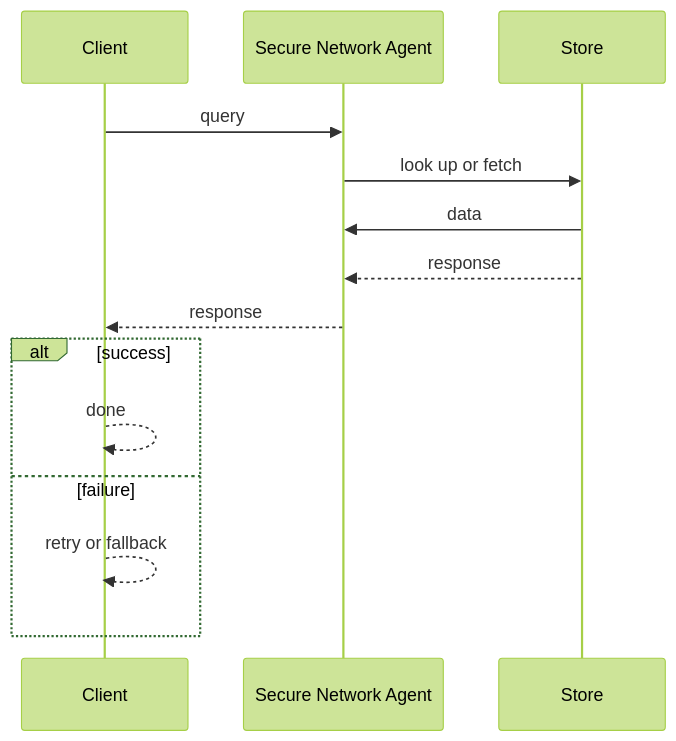
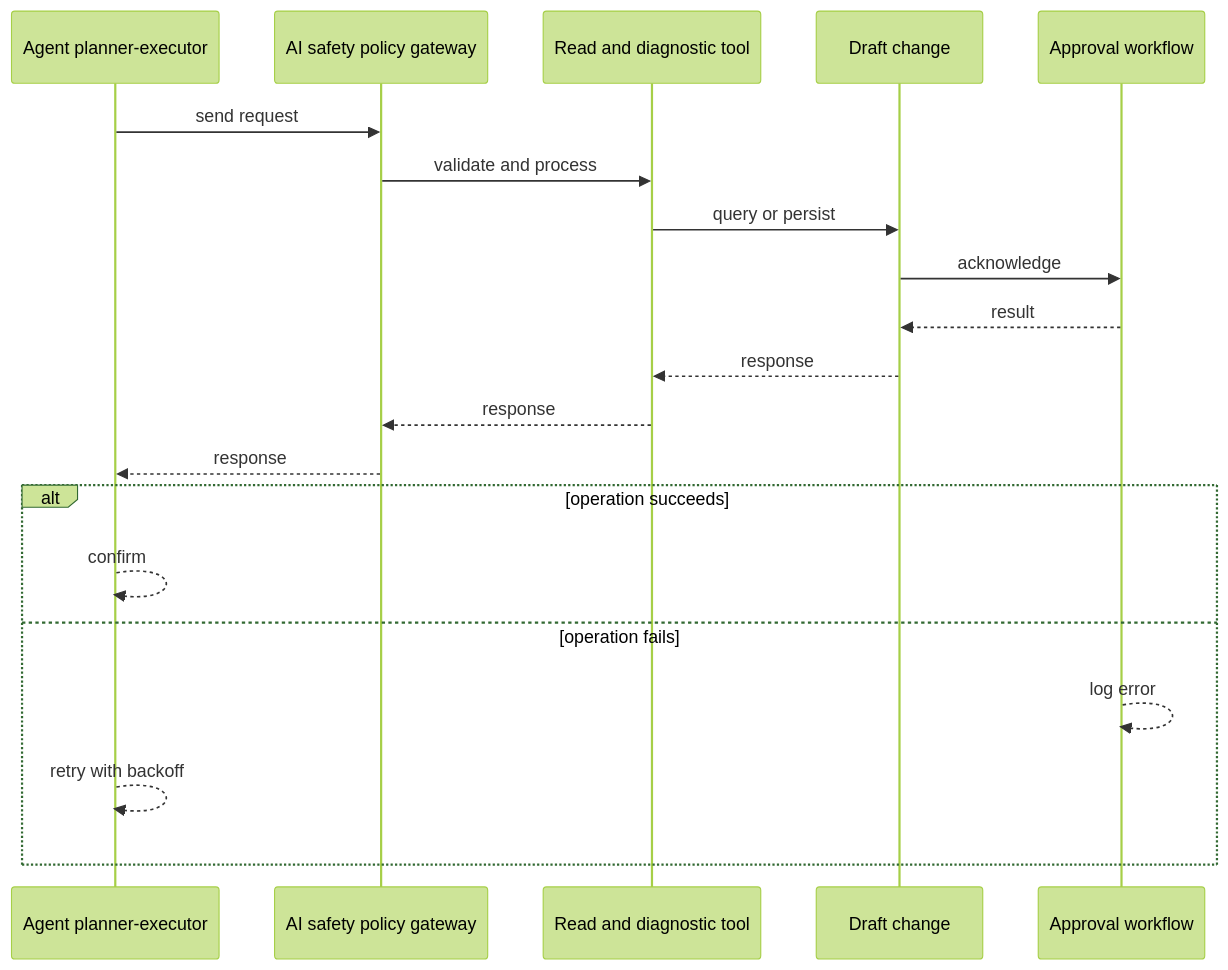
One commit to RIT-MESH/system-design-mastery changed the second of 4 diagrams in case-studies/network-ai-systems/secure-network-agent.md. Above: the diagram before and after it, drawn with Mermaid (forest theme). The commit also changed other lines of this file and 64 other files, not shown here.

````diff
--- a/case-studies/network-ai-systems/secure-network-agent.md
+++ b/case-studies/network-ai-systems/secure-network-agent.md
@@ -84,17 +72,23 @@
 ```mermaid
 %% created-for: system-design-mastery
 sequenceDiagram
-  participant P0 as Client
-  participant P1 as Secure Network Agent
-  participant P2 as Store
-  P0 ->> P1: query
-  P1 ->> P2: look up or fetch
-  P2 ->> P1: data
-  P2 -->> P1: response
-  P1 -->> P0: response
-  alt success
-    P0 -->> P0: done
-  else failure
-    P0 -->> P0: retry or fallback
+  participant C0 as Agent planner-executor
+  participant C1 as AI safety policy gateway
+  participant C2 as Read and diagnostic tool
+  participant C3 as Draft change
+  participant C4 as Approval workflow
+  C0 ->> C1: send request
+  C1 ->> C2: validate and process
+  C2 ->> C3: query or persist
+  C3 ->> C4: acknowledge
+  C4 -->> C3: result
+  C3 -->> C2: response
+  C2 -->> C1: response
+  C1 -->> C0: response
+  alt operation succeeds
+    C0 -->> C0: confirm
+  else operation fails
+    C4 -->> C4: log error
+    C0 -->> C0: retry with backoff
   end
 ```
````
